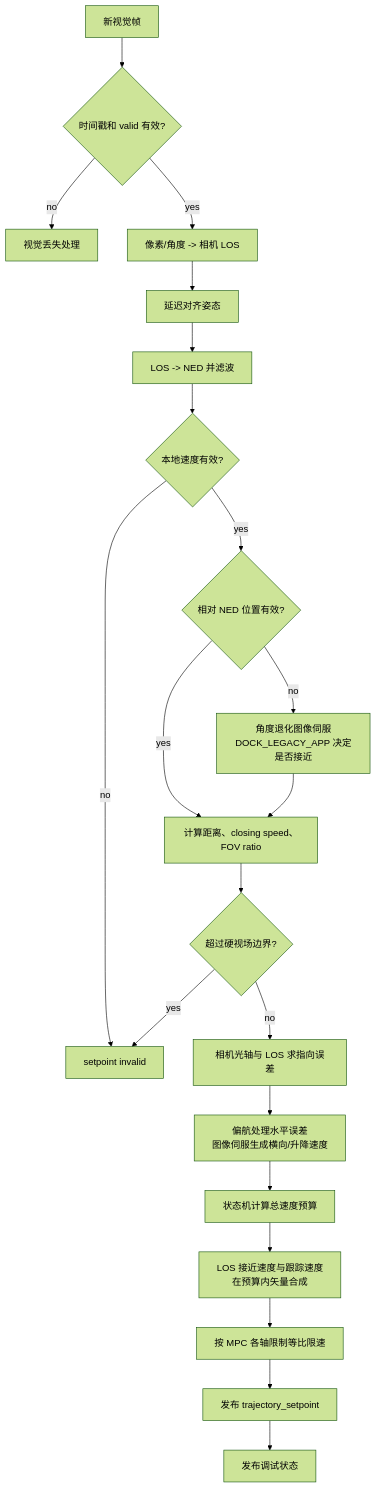
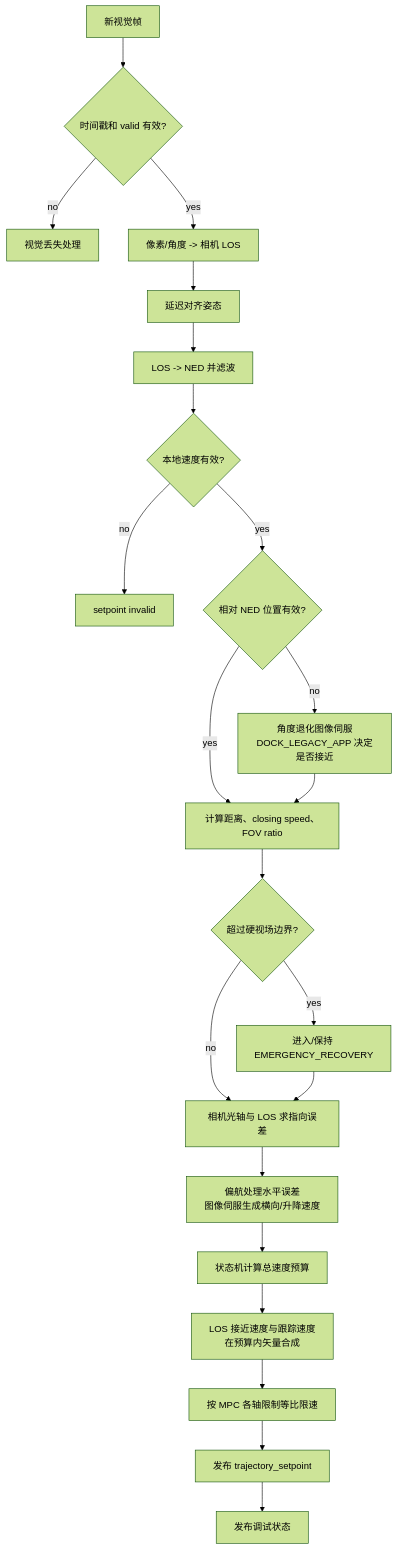
One commit to qikai820/px4-autopilot changed the second of 5 diagrams in docs/DockGuidance_代码逻辑流程图.md. Above: the diagram before and after it, drawn with Mermaid (forest theme). The commit also changed other lines of this file and 1 other file, not shown here.

````diff
--- a/docs/DockGuidance_代码逻辑流程图.md
+++ b/docs/DockGuidance_代码逻辑流程图.md
@@ -25,23 +25,24 @@
 ```mermaid
 flowchart TD
     A[新视觉帧] --> B{时间戳和 valid 有效?}
     B -->|no| LOSS[视觉丢失处理]
     B -->|yes| C[像素/角度 -> 相机 LOS]
     C --> D[延迟对齐姿态]
     D --> E[LOS -> NED 并滤波]
     E --> F{本地速度有效?}
     F -->|no| INV[setpoint invalid]
     F -->|yes| R{相对 NED 位置有效?}
     R -->|no| AONLY[角度退化图像伺服\nDOCK_LEGACY_APP 决定是否接近]
     R -->|yes| G[计算距离、closing speed、FOV ratio]
     AONLY --> G
     G --> H{超过硬视场边界?}
-    H -->|yes| INV
+    H -->|yes| ER[进入/保持 EMERGENCY_RECOVERY]
     H -->|no| I[相机光轴与 LOS 求指向误差]
+    ER --> I
     I --> I1[偏航处理水平误差\n图像伺服生成横向/升降速度]
     I1 --> J[状态机计算总速度预算]
     J --> J1[LOS 接近速度与跟踪速度\n在预算内矢量合成]
     J1 --> K[按 MPC 各轴限制等比限速]
     K --> L[发布 trajectory_setpoint]
     L --> M[发布调试状态]
 ```
````
